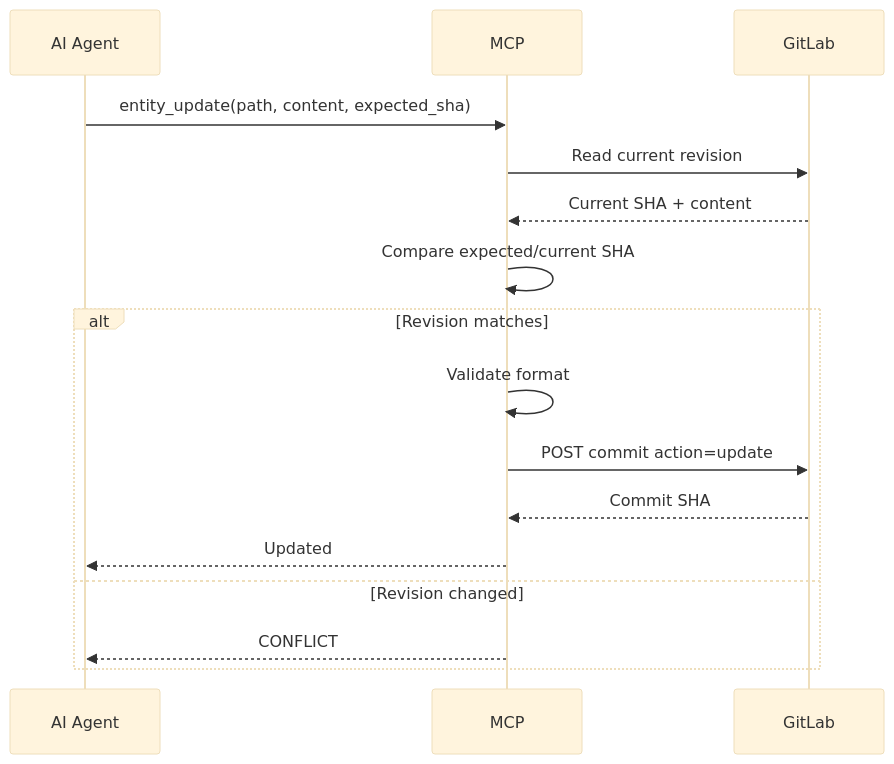
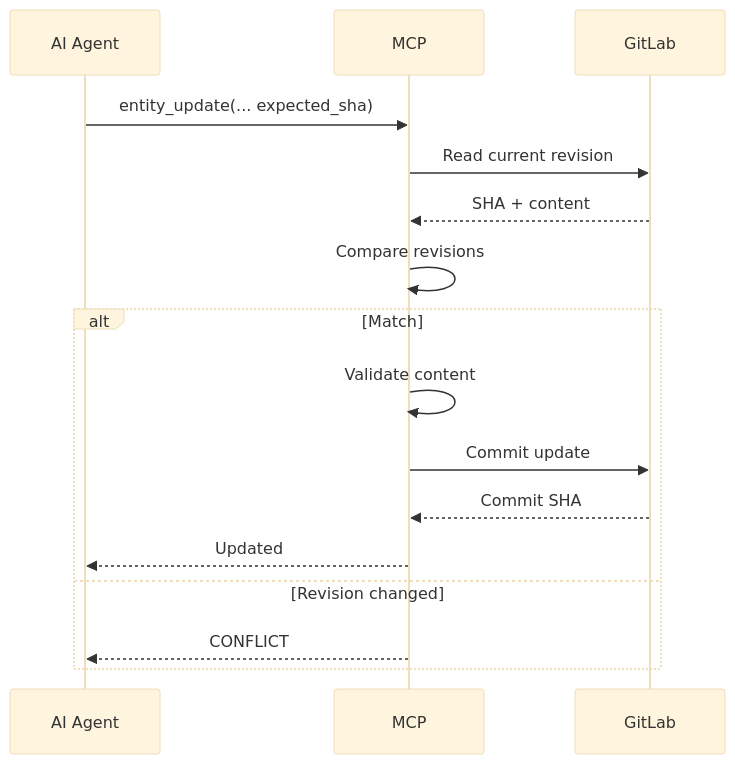
The seventh of 15 diagrams in AGENTS.md (SkySai1/ArchRepoMCP), drawn with Mermaid (base theme) before and after one commit. The commit also changed other lines of this file, not shown here.

````diff
--- a/AGENTS.md
+++ b/AGENTS.md
@@ -893,20 +1168,20 @@
 ```mermaid
 sequenceDiagram
     participant A as AI Agent
     participant M as MCP
     participant G as GitLab
 
-    A->>M: entity_update(path, content, expected_sha)
+    A->>M: entity_update(... expected_sha)
     M->>G: Read current revision
-    G-->>M: Current SHA + content
-    M->>M: Compare expected/current SHA
+    G-->>M: SHA + content
+    M->>M: Compare revisions
 
-    alt Revision matches
-        M->>M: Validate format
-        M->>G: POST commit action=update
+    alt Match
+        M->>M: Validate content
+        M->>G: Commit update
         G-->>M: Commit SHA
         M-->>A: Updated
     else Revision changed
         M-->>A: CONFLICT
     end
 ```
````
